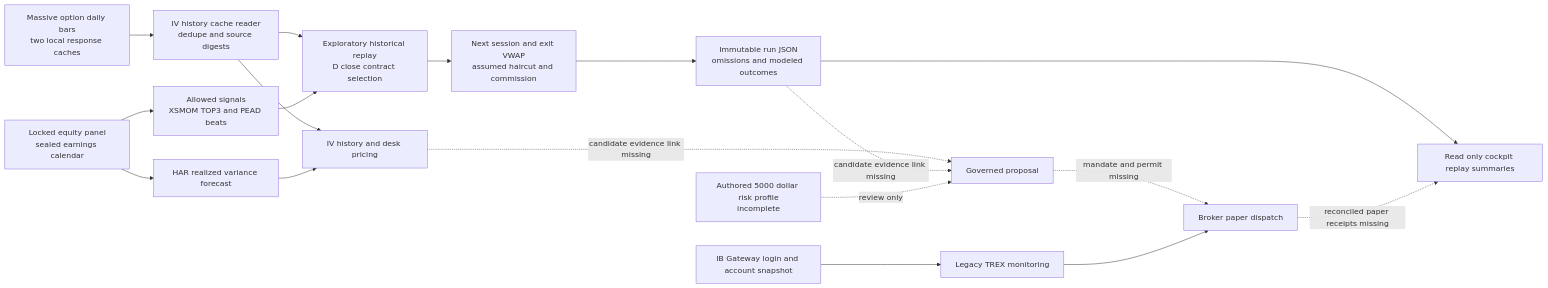
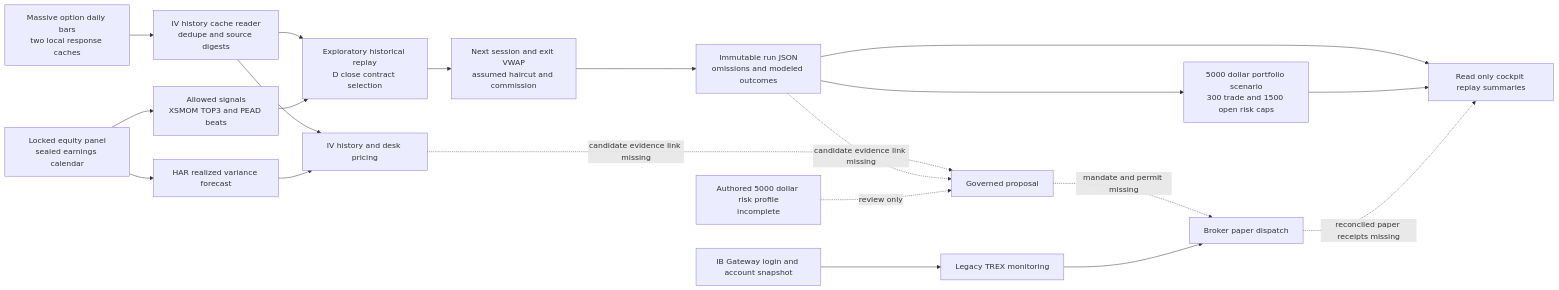
One commit to AlexKlick/tree_options changed the diagram in docs/desk/HISTORICAL-SYSTEM-GRAPH.md. Above: the diagram before and after it, drawn with Mermaid. The commit also changed other lines of this file and 11 other files, not shown here.

Commit message:
Show modeled portfolio risk and eligibility in cockpit

````diff
--- a/docs/desk/HISTORICAL-SYSTEM-GRAPH.md
+++ b/docs/desk/HISTORICAL-SYSTEM-GRAPH.md
@@ -7,21 +7,23 @@
 ```mermaid
 flowchart LR
     A[Massive option daily bars<br/>two local response caches] --> B[IV history cache reader<br/>dedupe and source digests]
     C[Locked equity panel<br/>sealed earnings calendar] --> D[Allowed signals<br/>XSMOM TOP3 and PEAD beats]
     B --> E[Exploratory historical replay<br/>D close contract selection]
     D --> E
     E --> F[Next session and exit VWAP<br/>assumed haircut and commission]
     F --> G[Immutable run JSON<br/>omissions and modeled outcomes]
+    G --> P[5000 dollar portfolio scenario<br/>300 trade and 1500 open risk caps]
     G --> H[Read only cockpit replay summaries]
+    P --> H
 
     C --> I[HAR realized variance forecast]
     B --> J[IV history and desk pricing]
     I --> J
     J -. candidate evidence link missing .-> K[Governed proposal]
     G -. candidate evidence link missing .-> K
     L[Authored 5000 dollar risk profile<br/>incomplete] -. review only .-> K
     K -. mandate and permit missing .-> M[Broker paper dispatch]
     N[IB Gateway login and account snapshot] --> O[Legacy TREX monitoring]
     O --> M
     M -. reconciled paper receipts missing .-> H
 ```
````
